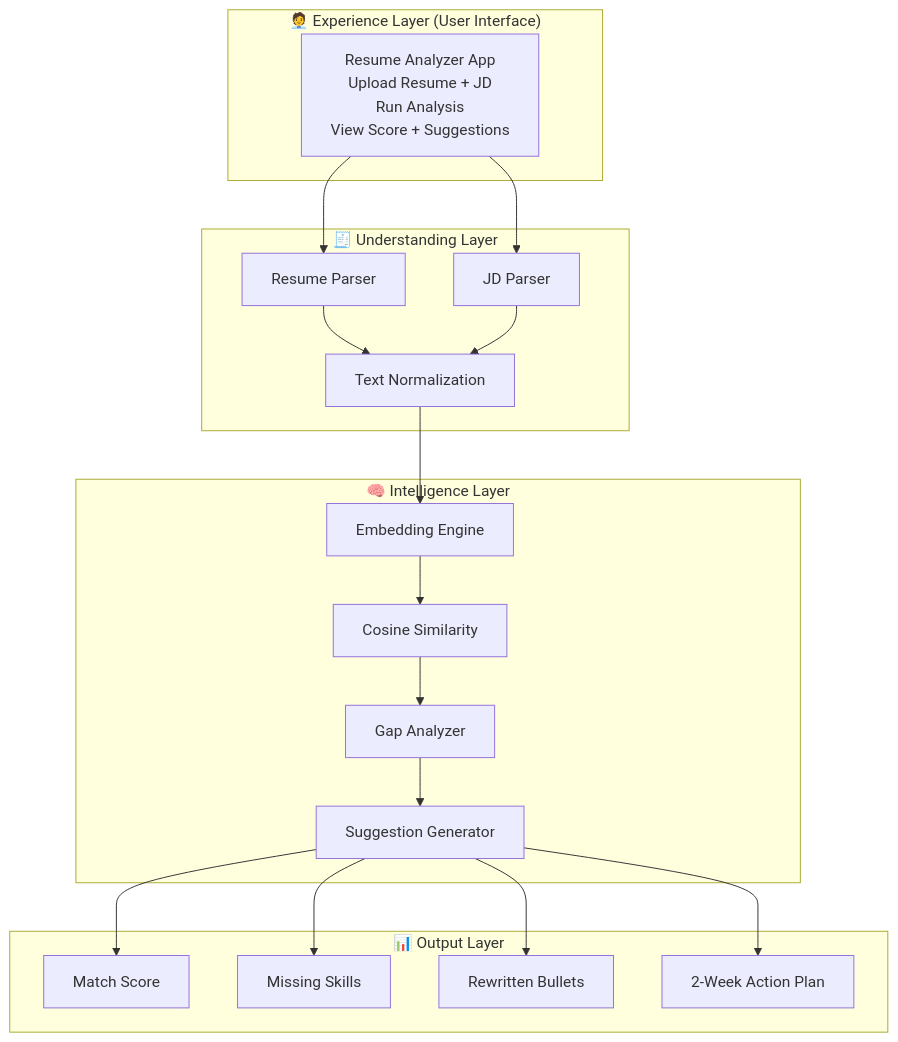
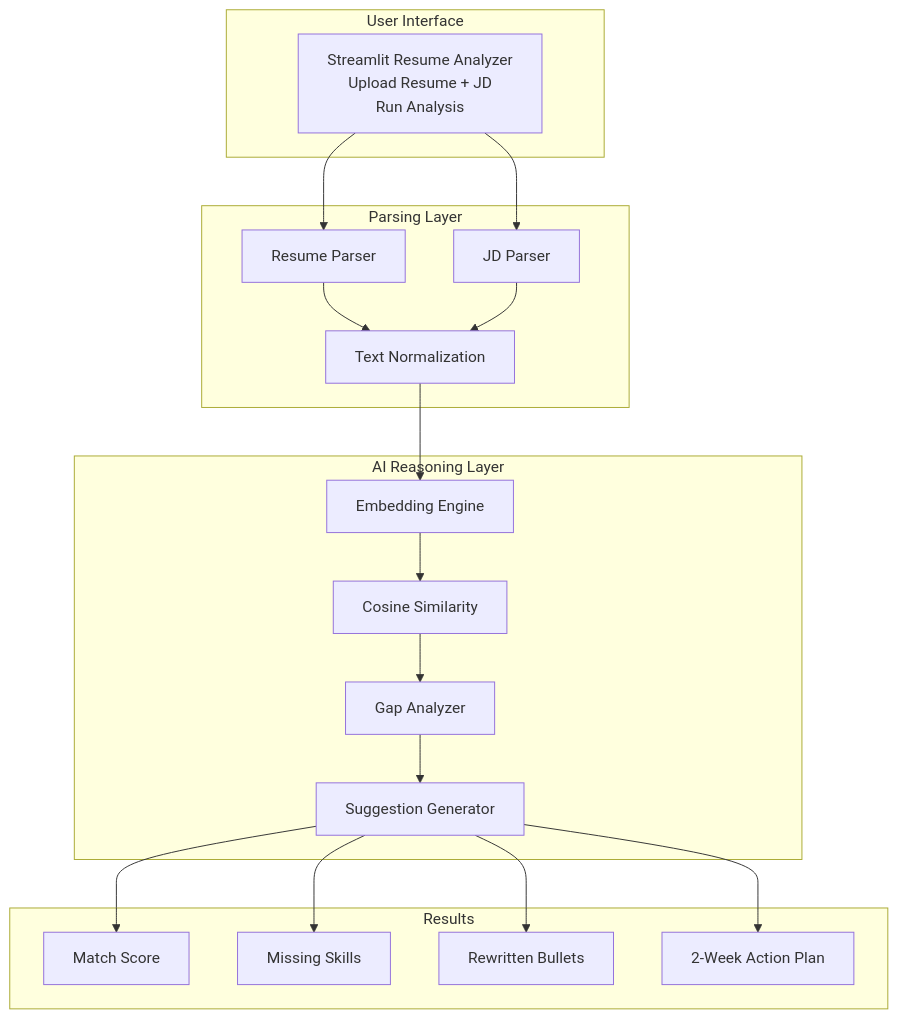
One commit to lavanya1402/ai-resume-analyzer changed the diagram in readme.md. Above: the diagram before and after it, drawn with Mermaid. The commit also changed other lines of this file, not shown here.

````diff
--- a/readme.md
+++ b/readme.md
@@ -24,40 +22,40 @@
 ```mermaid
 graph TB
 
-subgraph Experience["🧑‍💼 Experience Layer (User Interface)"]
-UI["Resume Analyzer App<br/>Upload Resume + JD<br/>Run Analysis<br/>View Score + Suggestions"]
+subgraph Experience["User Interface"]
+UI["Streamlit Resume Analyzer<br/>Upload Resume + JD<br/>Run Analysis"]
 end
 
-subgraph Understanding["🧾 Understanding Layer"]
+subgraph Understanding["Parsing Layer"]
 Parser1["Resume Parser"]
 Parser2["JD Parser"]
 Cleaner["Text Normalization"]
 end
 
-subgraph Intelligence["🧠 Intelligence Layer"]
+subgraph Intelligence["AI Reasoning Layer"]
 Embed["Embedding Engine"]
 Similarity["Cosine Similarity"]
 Gap["Gap Analyzer"]
 Suggest["Suggestion Generator"]
 end
 
-subgraph Output["📊 Output Layer"]
+subgraph Output["Results"]
 Score["Match Score"]
 Missing["Missing Skills"]
 Bullets["Rewritten Bullets"]
 Plan["2-Week Action Plan"]
 end
 
 UI --> Parser1
 UI --> Parser2
 Parser1 --> Cleaner
 Parser2 --> Cleaner
 Cleaner --> Embed
 Embed --> Similarity
 Similarity --> Gap
 Gap --> Suggest
 Suggest --> Score
 Suggest --> Missing
 Suggest --> Bullets
 Suggest --> Plan
 ```
````
